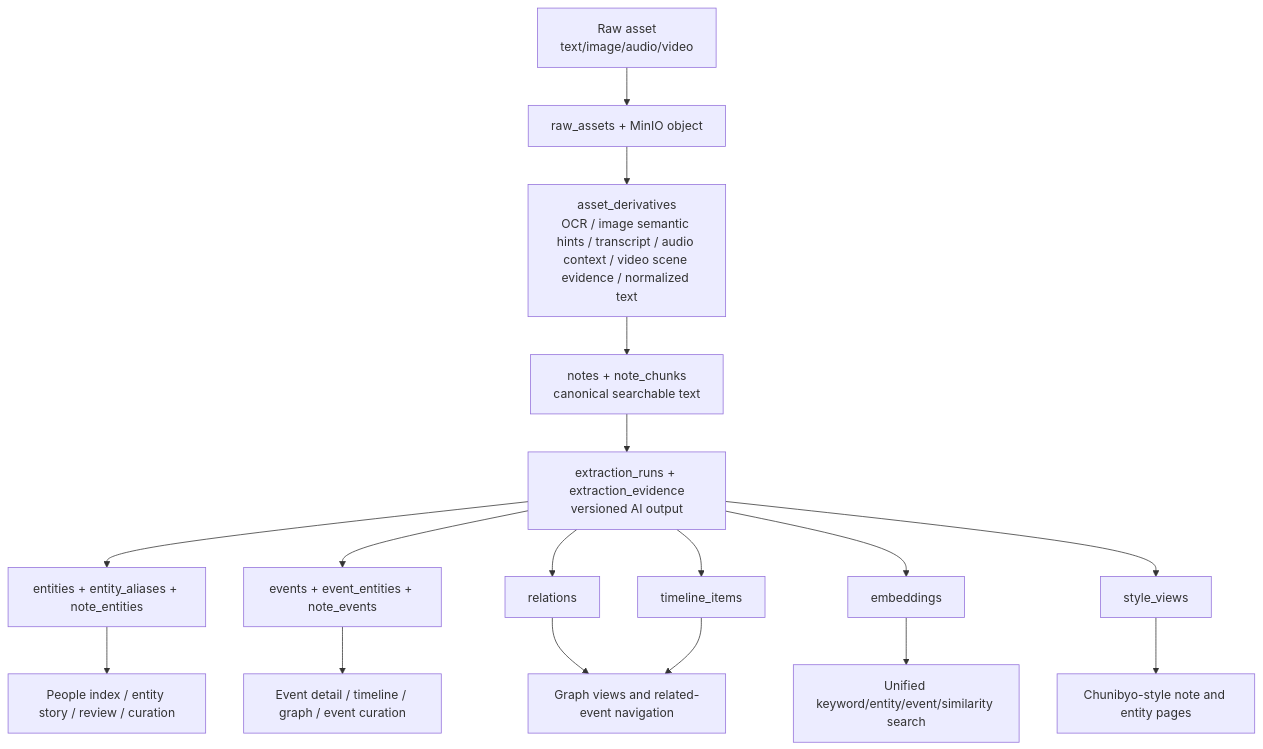
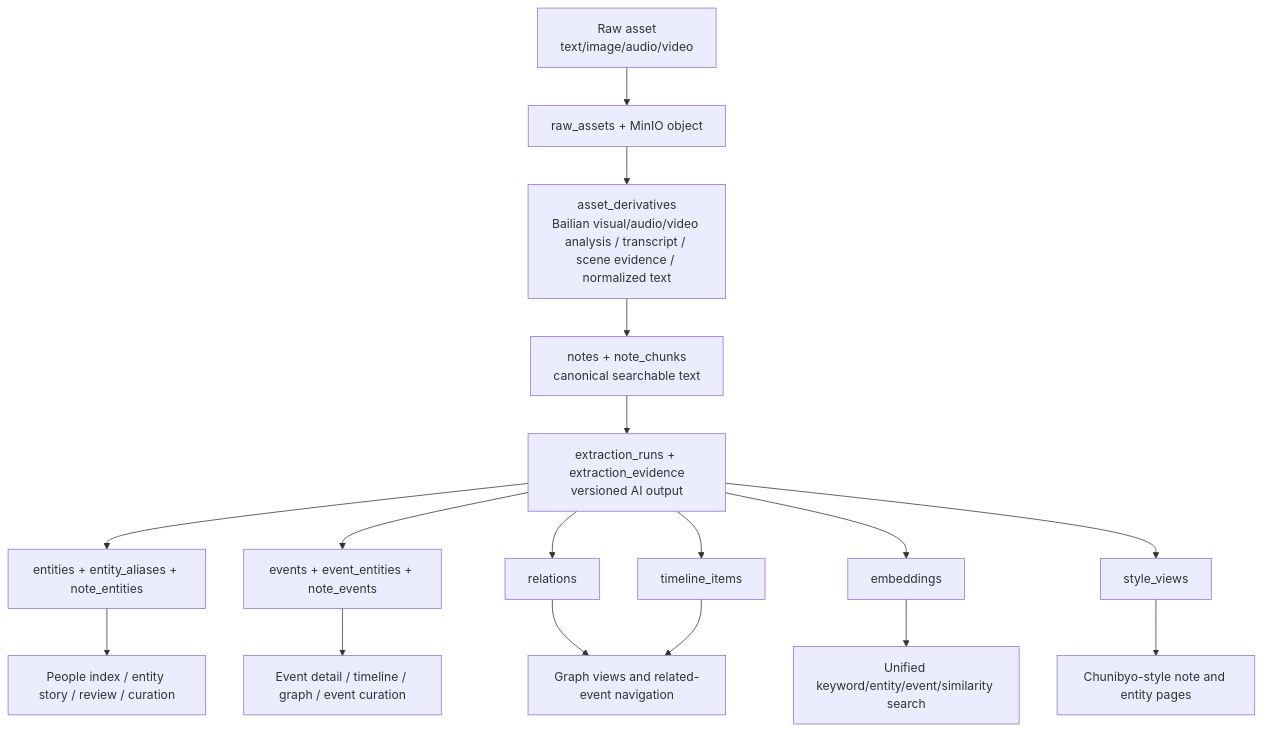
One commit to cavendishers/-outlawer changed the third of 4 diagrams in docs/current-system-overview.md. Above: the diagram before and after it, drawn with Mermaid. The commit also changed other lines of this file and 10 other files, not shown here.

````diff
--- a/docs/current-system-overview.md
+++ b/docs/current-system-overview.md
@@ -51,19 +51,19 @@
 ```mermaid
 flowchart TD
     Raw["Raw asset<br/>text/image/audio/video"] --> RawStore["raw_assets + MinIO object"]
-    RawStore --> Derivative["asset_derivatives<br/>OCR / image semantic hints / transcript / audio context / video scene evidence / normalized text"]
+    RawStore --> Derivative["asset_derivatives<br/>Bailian visual/audio/video analysis / transcript / scene evidence / normalized text"]
     Derivative --> Note["notes + note_chunks<br/>canonical searchable text"]
     Note --> Extraction["extraction_runs + extraction_evidence<br/>versioned AI output"]
     Extraction --> Entity["entities + entity_aliases + note_entities"]
     Extraction --> Event["events + event_entities + note_events"]
     Extraction --> Relation["relations"]
     Extraction --> Timeline["timeline_items"]
     Extraction --> Embedding["embeddings"]
     Extraction --> Story["style_views"]
     Entity --> Views["People index / entity story / review / curation"]
     Event --> Views2["Event detail / timeline / graph / event curation"]
     Relation --> Graph["Graph views and related-event navigation"]
     Timeline --> Graph
     Embedding --> Search["Unified keyword/entity/event/similarity search"]
     Story --> StoryViews["Chunibyo-style note and entity pages"]
 ```
````
